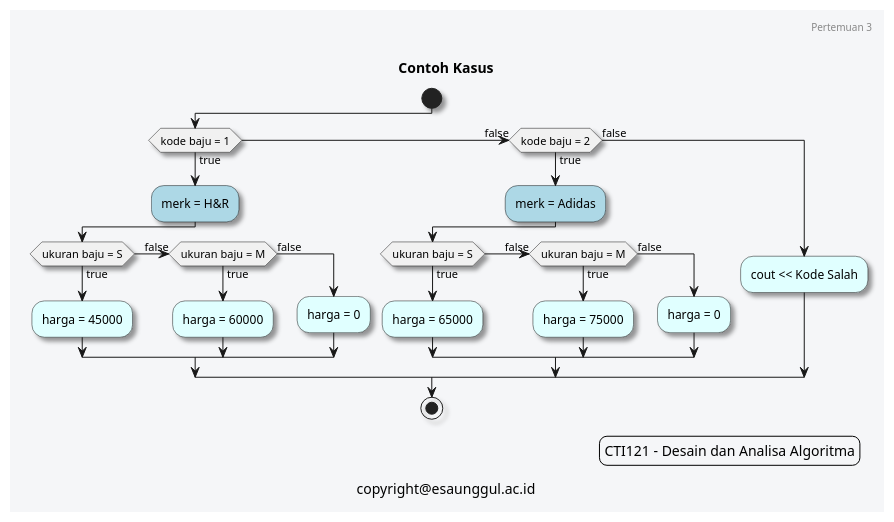
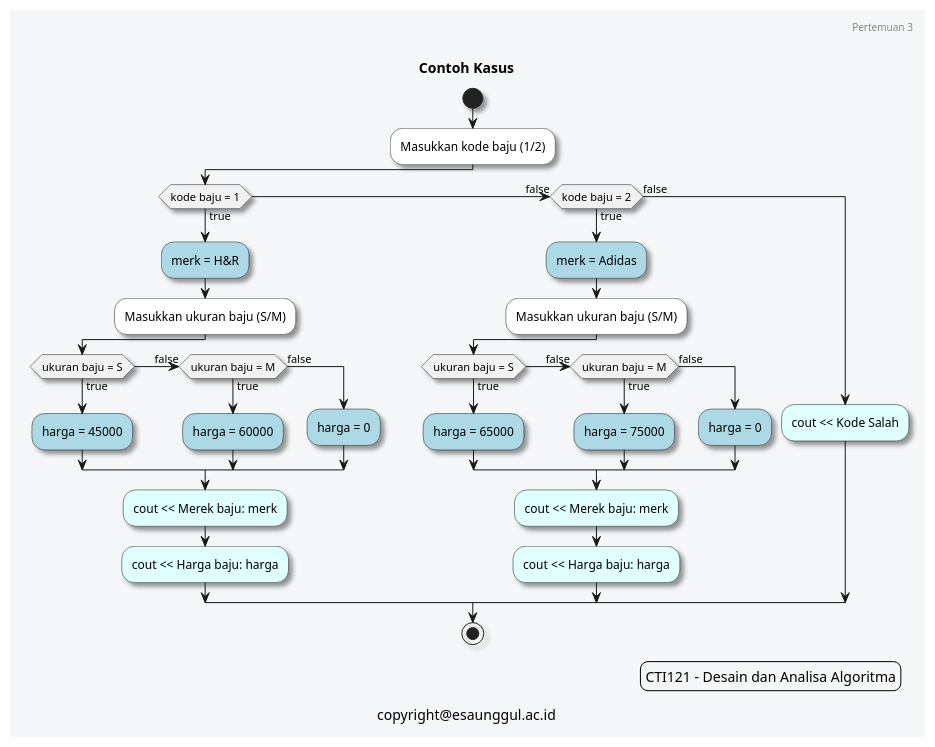
One commit to smartoryu/DAA-2022 changed the diagram in uml/pertemuan3/kasus1.puml. Above: the diagram before and after it, drawn with PlantUML.

Commit message:
FIX: contoh kasus 1

```diff
--- a/uml/pertemuan3/kasus1.puml
+++ b/uml/pertemuan3/kasus1.puml
@@ -1,46 +1,58 @@
 @startuml Contoh Kasus
 
 skinparam Shadowing true
 skinparam BackgroundColor #f5f6f8
 skinparam LegendBackgroundColor #f5f6f8
 
 start
 
+#white:Masukkan kode baju (1/2);
+
 if (kode baju = 1) then (true)
 #LightBlue:merk = H&R;
 
+#white:Masukkan ukuran baju (S/M);
+
 if (ukuran baju = S) then (true)
-  #LightCyan:harga = 45000;
+  #LightBlue:harga = 45000;
 (false) elseif (ukuran baju = M) then (true)
-  #LightCyan:harga = 60000;
+  #LightBlue:harga = 60000;
 else (false)
-  #LightCyan:harga = 0;
+  #LightBlue:harga = 0;
 endif
+
+#LightCyan:cout << Merek baju: merk;
+#LightCyan:cout << Harga baju: harga;
 
 (false) elseif (kode baju = 2) then (true)
 #LightBlue:merk = Adidas;
 
+#white:Masukkan ukuran baju (S/M);
+
 if (ukuran baju = S) then (true)
-  #LightCyan:harga = 65000;
+  #LightBlue:harga = 65000;
 (false) elseif (ukuran baju = M) then (true)
-  #LightCyan:harga = 75000;
+  #LightBlue:harga = 75000;
 else (false)
-  #LightCyan:harga = 0;
+  #LightBlue:harga = 0;
 endif
+
+#LightCyan:cout << Merek baju: merk;
+#LightCyan:cout << Harga baju: harga;
 
 else (false)
 #LightCyan:cout << Kode Salah;
 endif
 stop
 
 header
   Pertemuan 3
 
 endheader
 title Contoh Kasus
 caption copyright@esaunggul.ac.id
 legend right
 CTI121 - Desain dan Analisa Algoritma
 endlegend
 
 @enduml
```
